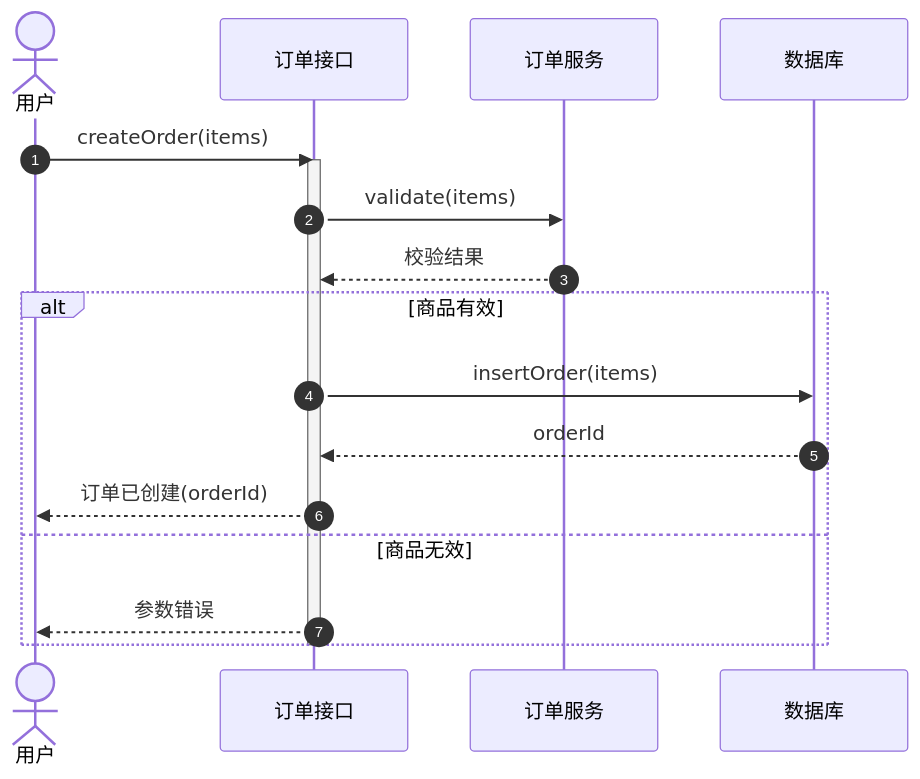
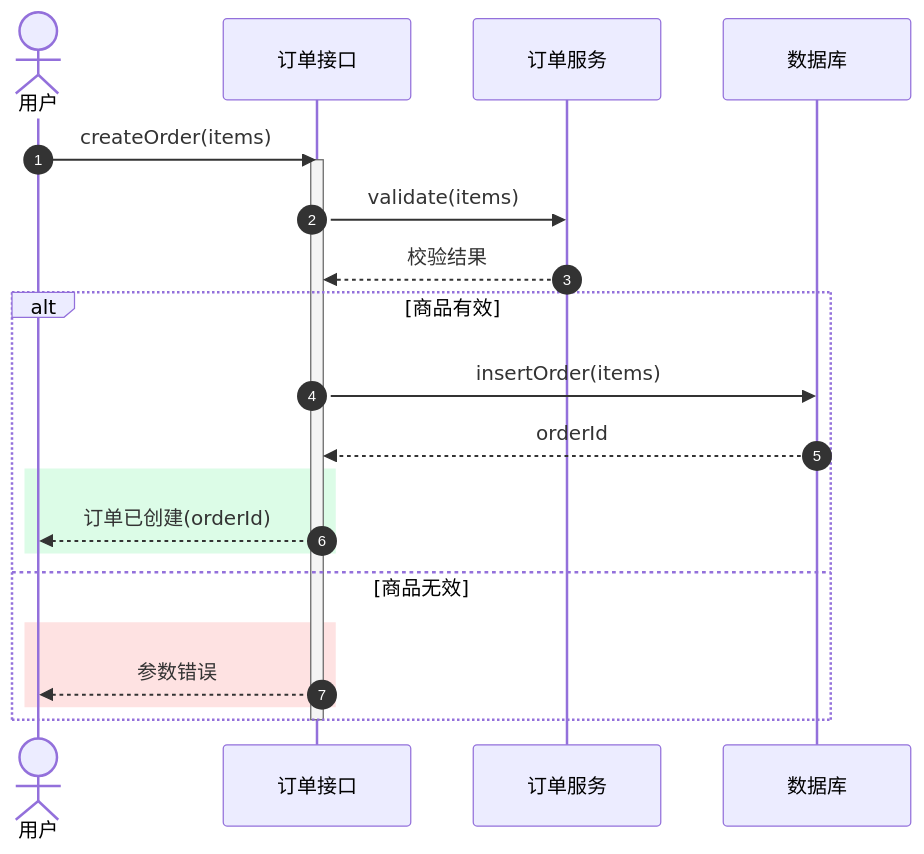
Before and after one commit to iibobo/skills: the first of 2 diagrams in skills/engineering/render-sequence-diagrams/assets/example.md, drawn with Mermaid. The commit also changed 7 other files, not shown here.

````diff
--- a/skills/engineering/render-sequence-diagrams/assets/example.md
+++ b/skills/engineering/render-sequence-diagrams/assets/example.md
@@ -7,20 +7,24 @@
 ```mermaid
 sequenceDiagram
     autonumber
     actor User as 用户
     participant API as 订单接口
     participant Service as 订单服务
     participant DB as 数据库
     User->>API: createOrder(items)
     activate API
     API->>Service: validate(items)
     Service-->>API: 校验结果
     alt 商品有效
         API->>DB: insertOrder(items)
         DB-->>API: orderId
-        API-->>User: 订单已创建(orderId)
+        rect rgb(220, 252, 231)
+            API-->>User: 订单已创建(orderId)
+        end
     else 商品无效
-        API-->>User: 参数错误
+        rect rgb(254, 226, 226)
+            API-->>User: 参数错误
+        end
     end
     deactivate API
 ```
````
